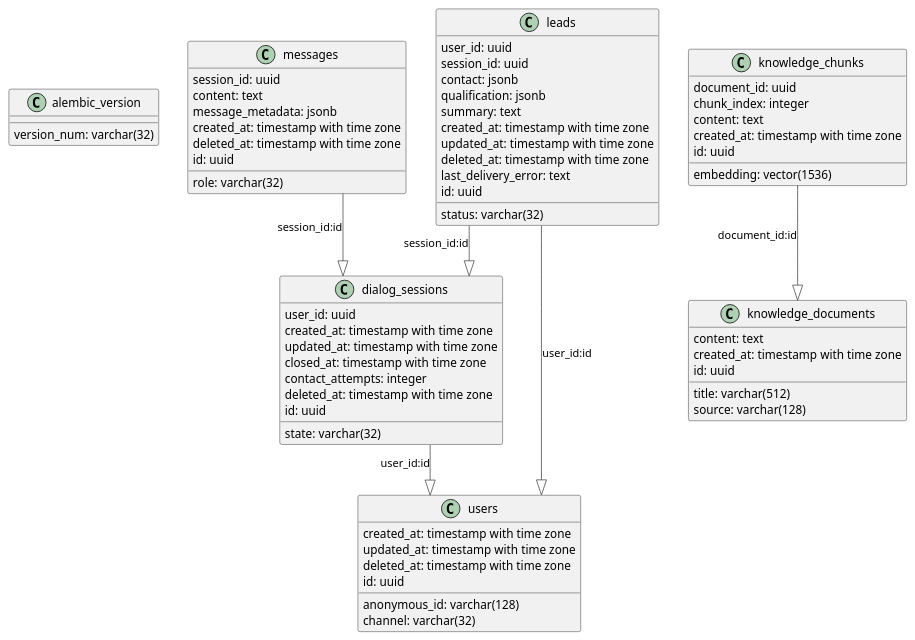
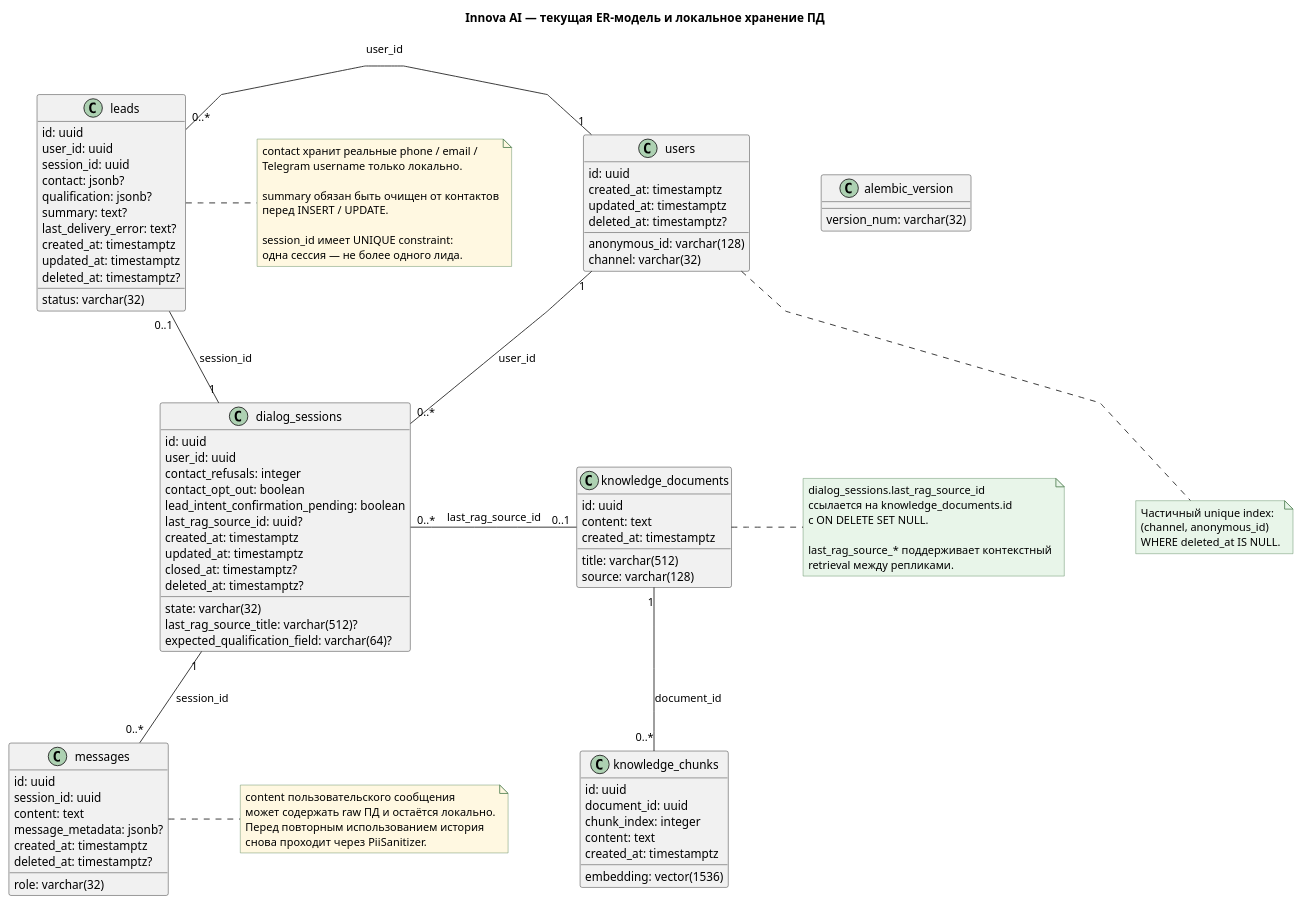
The diagram in docs/diagrams/current/ER.puml (KNG-Labs/innova-ai), drawn with PlantUML before and after one commit. The commit also changed 3 other files, not shown here.

Commit message:
docs: обновление README и диаграмм

```diff
--- a/docs/diagrams/current/ER.puml
+++ b/docs/diagrams/current/ER.puml
@@ -1,70 +1,128 @@
-@startuml
+@startuml Current_ER
 
 top to bottom direction
-skinparam linetype ortho
+skinparam linetype polyline
+skinparam shadowing false
+skinparam noteBackgroundColor #E8F5E9
+skinparam noteBorderColor #4F7F52
+skinparam nodesep 85
+skinparam ranksep 90
+skinparam classAttributeIconSize 0
+
+title Innova AI — текущая ER-модель и локальное хранение ПД
 
 class alembic_version {
    version_num: varchar(32)
 }
+
+class users {
+   id: uuid
+   anonymous_id: varchar(128)
+   channel: varchar(32)
+   created_at: timestamptz
+   updated_at: timestamptz
+   deleted_at: timestamptz?
+}
+
 class dialog_sessions {
+   id: uuid
    user_id: uuid
    state: varchar(32)
-   created_at: timestamp with time zone
-   updated_at: timestamp with time zone
-   closed_at: timestamp with time zone
-   contact_attempts: integer
-   deleted_at: timestamp with time zone
+   contact_refusals: integer
+   contact_opt_out: boolean
+   lead_intent_confirmation_pending: boolean
+   last_rag_source_id: uuid?
+   last_rag_source_title: varchar(512)?
+   expected_qualification_field: varchar(64)?
+   created_at: timestamptz
+   updated_at: timestamptz
+   closed_at: timestamptz?
+   deleted_at: timestamptz?
+}
+
+class messages {
    id: uuid
+   session_id: uuid
+   role: varchar(32)
+   content: text
+   message_metadata: jsonb?
+   created_at: timestamptz
+   deleted_at: timestamptz?
 }
+
+class leads {
+   id: uuid
+   user_id: uuid
+   session_id: uuid
+   status: varchar(32)
+   contact: jsonb?
+   qualification: jsonb?
+   summary: text?
+   last_delivery_error: text?
+   created_at: timestamptz
+   updated_at: timestamptz
+   deleted_at: timestamptz?
+}
+
+class knowledge_documents {
+   id: uuid
+   title: varchar(512)
+   source: varchar(128)
+   content: text
+   created_at: timestamptz
+}
+
 class knowledge_chunks {
+   id: uuid
    document_id: uuid
    chunk_index: integer
    content: text
    embedding: vector(1536)
-   created_at: timestamp with time zone
-   id: uuid
-}
-class knowledge_documents {
-   title: varchar(512)
-   source: varchar(128)
-   content: text
-   created_at: timestamp with time zone
-   id: uuid
-}
-class leads {
-   user_id: uuid
-   session_id: uuid
-   status: varchar(32)
-   contact: jsonb
-   qualification: jsonb
-   summary: text
-   created_at: timestamp with time zone
-   updated_at: timestamp with time zone
-   deleted_at: timestamp with time zone
-   last_delivery_error: text
-   id: uuid
-}
-class messages {
-   session_id: uuid
-   role: varchar(32)
-   content: text
-   message_metadata: jsonb
-   created_at: timestamp with time zone
-   deleted_at: timestamp with time zone
-   id: uuid
-}
-class users {
-   anonymous_id: varchar(128)
-   channel: varchar(32)
-   created_at: timestamp with time zone
-   updated_at: timestamp with time zone
-   deleted_at: timestamp with time zone
-   id: uuid
+   created_at: timestamptz
 }
 
-dialog_sessions      -[#595959,plain]-^  users               : "user_id:id"
-knowledge_chunks     -[#595959,plain]-^  knowledge_documents : "document_id:id"
-leads                -[#595959,plain]-^  dialog_sessions     : "session_id:id"
-leads                -[#595959,plain]-^  users               : "user_id:id"
-messages             -[#595959,plain]-^  dialog_sessions     : "session_id:id"
+users               "1" -down-  "0..*" dialog_sessions    : user_id
+users               "1" -left-  "0..*" leads              : user_id
+dialog_sessions     "1" -down-  "0..*" messages           : session_id
+dialog_sessions     "1" -left-  "0..1" leads              : session_id
+knowledge_documents "1" -down-  "0..*" knowledge_chunks   : document_id
+knowledge_documents "0..1" -left- "0..*" dialog_sessions  : last_rag_source_id
+
+users -[hidden]right- alembic_version
+leads -[hidden]right- messages
+messages -[hidden]right- knowledge_chunks
+
+note right of messages #FFF8E1
+  content пользовательского сообщения
+  может содержать raw ПД и остаётся локально.
+  Перед повторным использованием история
+  снова проходит через PiiSanitizer.
+end note
+
+note right of leads #FFF8E1
+  contact хранит реальные phone / email /
+  Telegram username только локально.
+
+  summary обязан быть очищен от контактов
+  перед INSERT / UPDATE.
+
+  session_id имеет UNIQUE constraint:
+  одна сессия — не более одного лида.
+end note
+
+note right of knowledge_documents
+  dialog_sessions.last_rag_source_id
+  ссылается на knowledge_documents.id
+  с ON DELETE SET NULL.
+
+  last_rag_source_* поддерживает контекстный
+  retrieval между репликами.
+end note
+
+note bottom of users
+  Частичный unique index:
+  (channel, anonymous_id)
+  WHERE deleted_at IS NULL.
+end note
+
 @enduml
```
